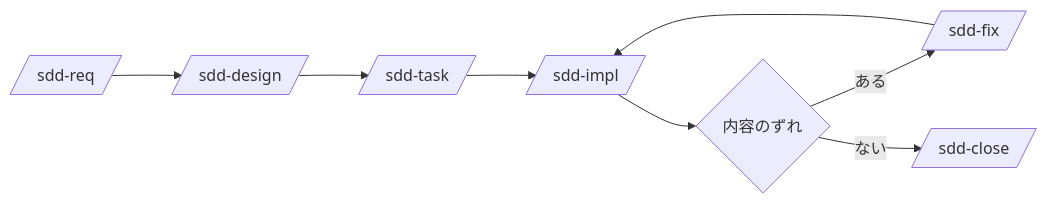
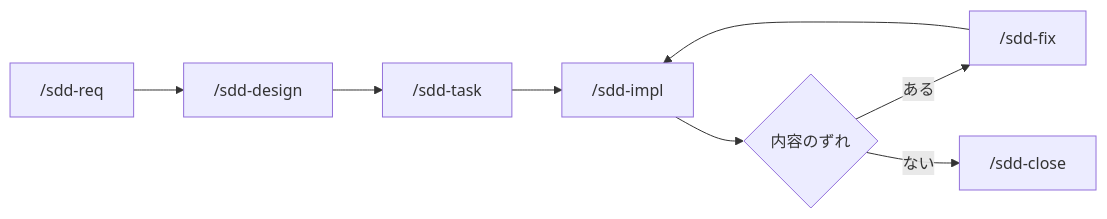
One commit to paterapatera/sdd-orc changed the second of 2 diagrams in README.ja.md. Above: the diagram before and after it, drawn with Mermaid. The commit also changed other lines of this file and 1 other file, not shown here.

Commit message:
docs: fix mermaid skill labels to show leading slash

````diff
--- a/README.ja.md
+++ b/README.ja.md
@@ -96,10 +96,10 @@
 ```mermaid
 flowchart LR
-  R[/sdd-req/] --> D[/sdd-design/]
-  D --> T[/sdd-task/]
-  T --> I[/sdd-impl/]
+  R["/sdd-req"] --> D["/sdd-design"]
+  D --> T["/sdd-task"]
+  T --> I["/sdd-impl"]
   I --> F{内容のずれ}
-  F -->|ある| X[/sdd-fix/]
+  F -->|ある| X["/sdd-fix"]
   X --> I
-  F -->|ない| C[/sdd-close/]
+  F -->|ない| C["/sdd-close"]
 ```
````
